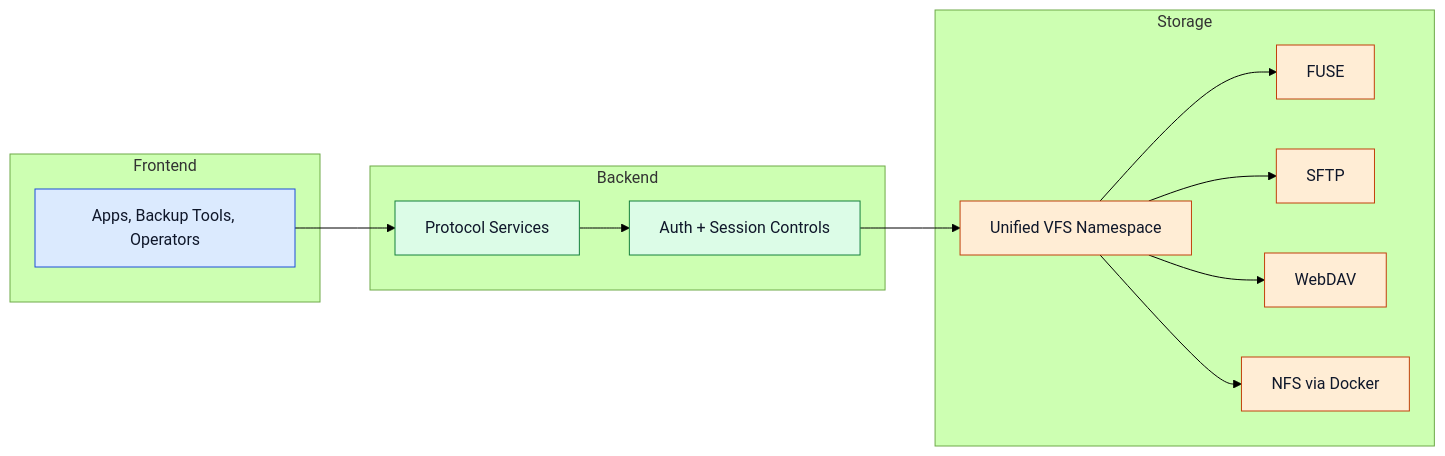
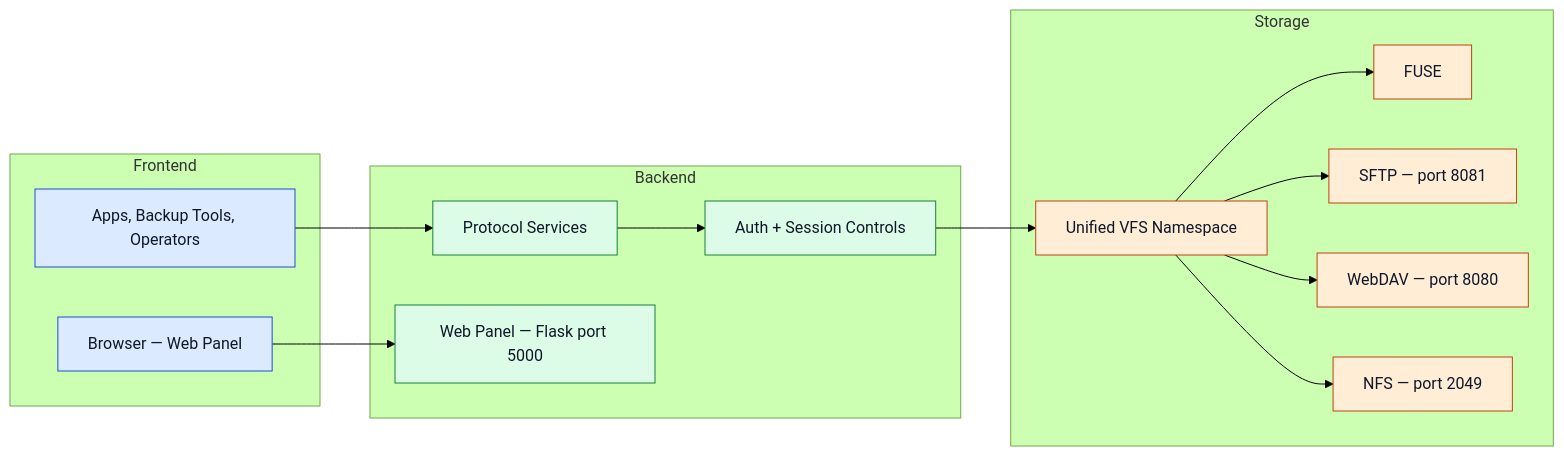
Before and after one commit to VulcanoSoftware/eindproject: the diagram in docusaurus/docs/access-layer.md, drawn with Mermaid (forest theme). The commit also changed other lines of this file and 5 other files, not shown here.

````diff
--- a/docusaurus/docs/access-layer.md
+++ b/docusaurus/docs/access-layer.md
@@ -12,33 +12,36 @@
 ```mermaid
 flowchart LR
   subgraph Frontend
     CLIENTS[Apps, Backup Tools, Operators]
+    BROWSER[Browser — Web Panel]
   end
 
   subgraph Backend
     GATE[Protocol Services]
     AUTH[Auth + Session Controls]
+    FLASK[Web Panel — Flask port 5000]
   end
 
   subgraph Storage
     VFS[Unified VFS Namespace]
     FUSE[FUSE]
-    SFTP[SFTP]
-    WEBDAV[WebDAV]
-    NFS[NFS via Docker]
+    SFTP[SFTP — port 8081]
+    WEBDAV[WebDAV — port 8080]
+    NFS[NFS — port 2049]
   end
 
   CLIENTS --> GATE --> AUTH --> VFS
+  BROWSER --> FLASK
   VFS --> FUSE
   VFS --> SFTP
   VFS --> WEBDAV
   VFS --> NFS
 
   classDef frontend fill:#dbeafe,stroke:#1d4ed8,color:#0f172a,stroke-width:1px;
   classDef backend fill:#dcfce7,stroke:#15803d,color:#0f172a,stroke-width:1px;
   classDef storage fill:#ffedd5,stroke:#c2410c,color:#0f172a,stroke-width:1px;
 
-  class CLIENTS frontend;
-  class GATE,AUTH backend;
+  class CLIENTS,BROWSER frontend;
+  class GATE,AUTH,FLASK backend;
   class VFS,FUSE,SFTP,WEBDAV,NFS storage;
 ```
````
